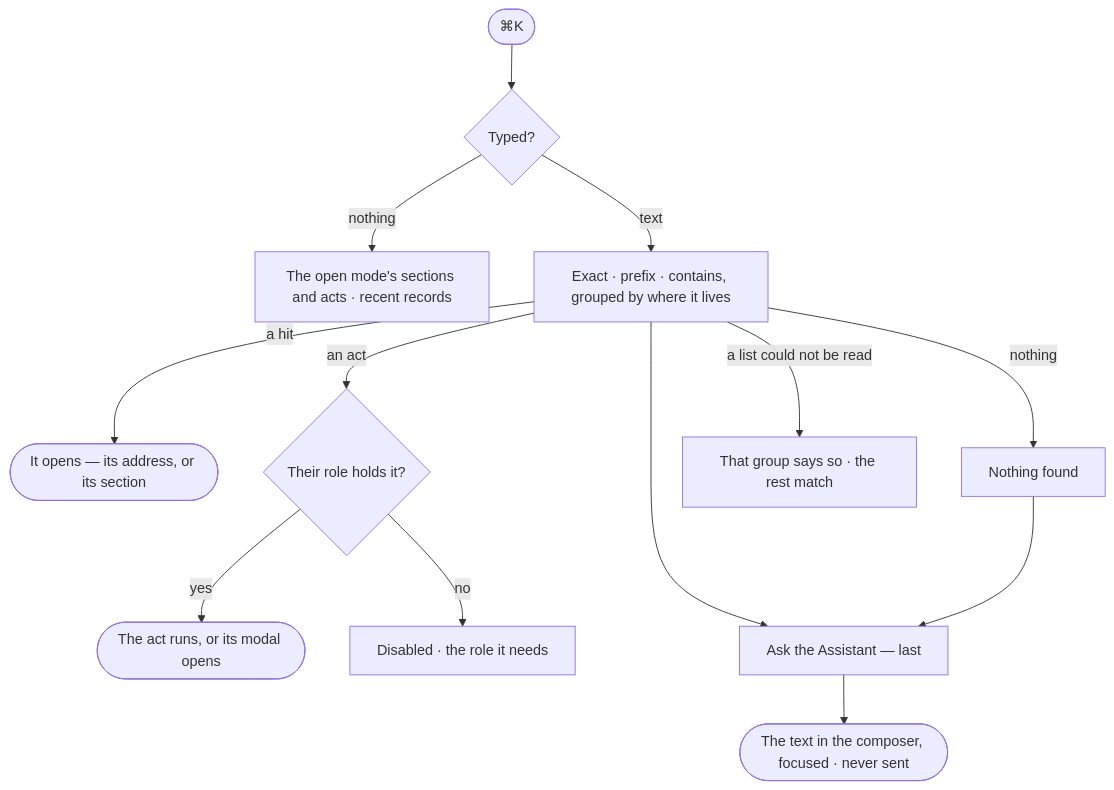
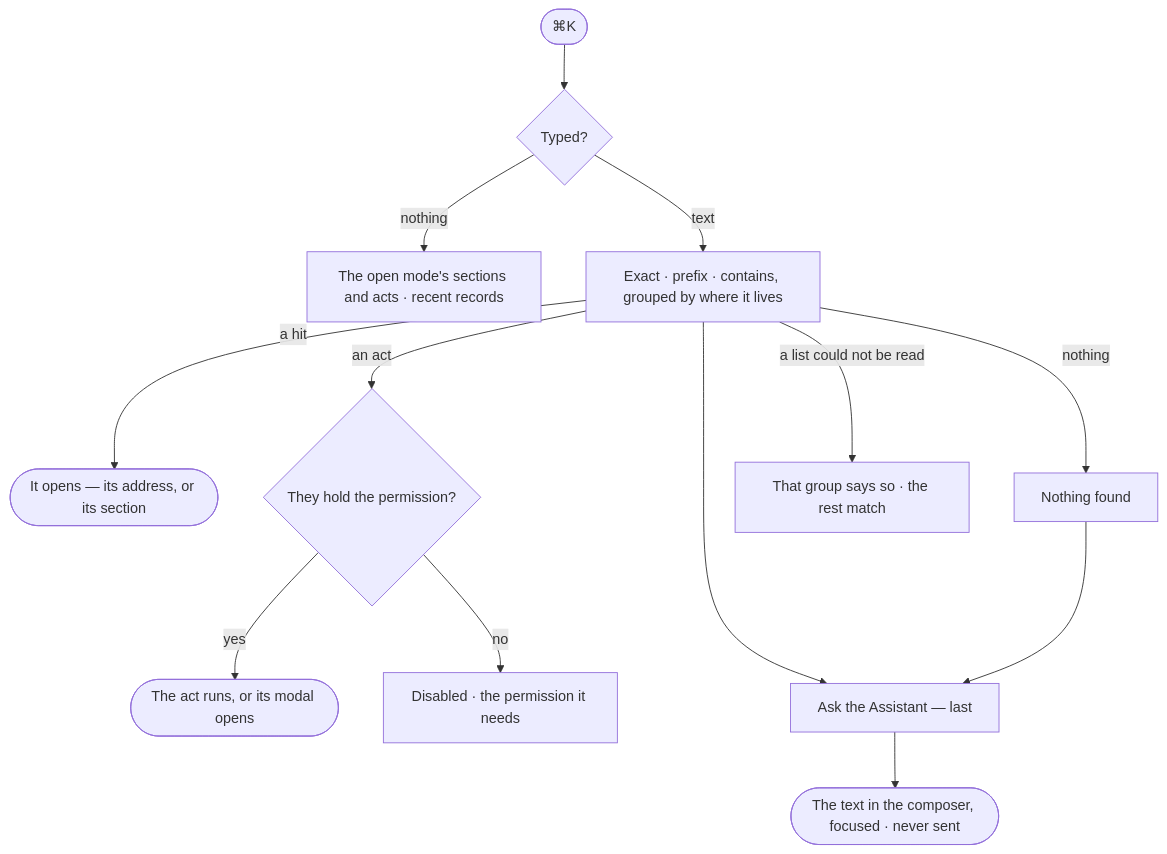
One commit to invana/invana changed the diagram in specs/os/control/features/CP-F07-find-your-way/stories/CP-30-do-open-or-ask-anything-from-k/story.md. Above: the diagram before and after it, drawn with Mermaid. The commit also changed other lines of this file and 228 other files, not shown here.

````diff
--- a/specs/os/control/features/CP-F07-find-your-way/stories/CP-30-do-open-or-ask-anything-from-k/story.md
+++ b/specs/os/control/features/CP-F07-find-your-way/stories/CP-30-do-open-or-ask-anything-from-k/story.md
@@ -26,15 +26,15 @@
 ```mermaid
 flowchart TD
   k([⌘K]) --> e{"Typed?"}
   e -->|nothing| r["The open mode's sections and acts · recent records"]
   e -->|text| m["Exact · prefix · contains, grouped by where it lives"]
   m -->|a hit| o(["It opens — its address, or its section"])
-  m -->|an act| a{"Their role holds it?"}
+  m -->|an act| a{"They hold the permission?"}
   a -->|yes| run(["The act runs, or its modal opens"])
-  a -->|no| dis["Disabled · the role it needs"]
+  a -->|no| dis["Disabled · the permission it needs"]
   m -->|nothing| none["Nothing found"]
   m --> ask["Ask the Assistant — last"]
   none --> ask
   ask --> comp(["The text in the composer, focused · never sent"])
   m -->|a list could not be read| gf["That group says so · the rest match"]
 ```
````
